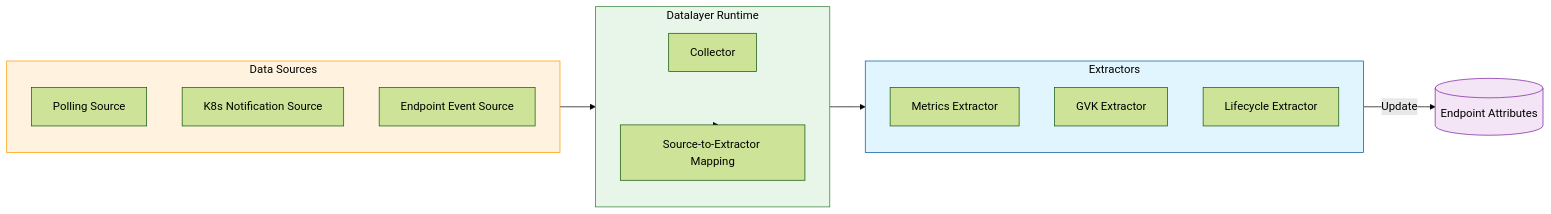
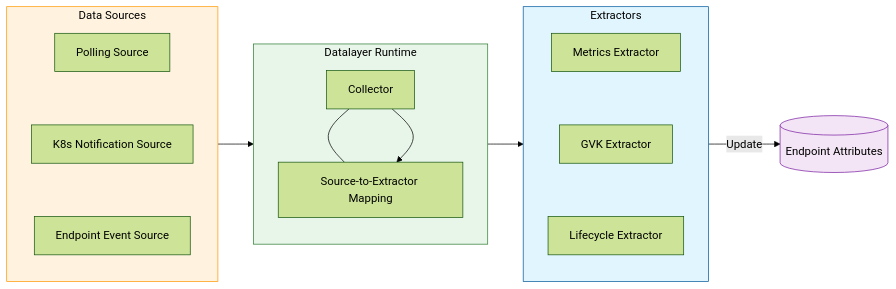
Before and after one commit to ahg-g/llm-d: the diagram in docs/wip-docs-new/architecture/core/epp/datalayer.md, drawn with Mermaid (forest theme). The commit also changed other lines of this file, not shown here.

````diff
--- a/docs/wip-docs-new/architecture/core/epp/datalayer.md
+++ b/docs/wip-docs-new/architecture/core/epp/datalayer.md
@@ -9,33 +9,28 @@
 ```mermaid
 flowchart LR
     subgraph Sources [Data Sources]
-        direction TD
-        Poller[Polling Source]
-        Notifier[K8s Notification Source]
-        EpEvent[Endpoint Event Source]
+        direction TB
+        Poller[Polling Source] ~~~ Notifier[K8s Notification Source] ~~~ EpEvent[Endpoint Event Source]
     end
 
     subgraph Runtime [Datalayer Runtime]
-        direction TD
-        Collector[Collector]
-        Mapping[Source-to-Extractor Mapping]
+        direction TB
+        Collector[Collector] --- Mapping[Source-to-Extractor Mapping]
     end
 
     subgraph Extractors [Extractors]
-        direction TD
-        Ext1[Metrics Extractor]
-        Ext2[GVK Extractor]
-        Ext3[Lifecycle Extractor]
+        direction TB
+        Ext1[Metrics Extractor] ~~~ Ext2[GVK Extractor] ~~~ Ext3[Lifecycle Extractor]
     end
 
-    Sources --> Runtime
-    Runtime --> Mapping
+    Sources --> Collector
+    Collector --> Mapping
     Mapping --> Extractors
     Extractors -->|Update| Attr[(Endpoint Attributes)]
 
     %% Styling
     style Sources fill:#fff3e0,stroke:#ff9800,color:#000
     style Runtime fill:#e8f5e9,stroke:#2e7d32,color:#000
     style Extractors fill:#e1f5fe,stroke:#01579b,color:#000
     style Attr fill:#f3e5f5,stroke:#7b1fa2,color:#000
 ```
````
